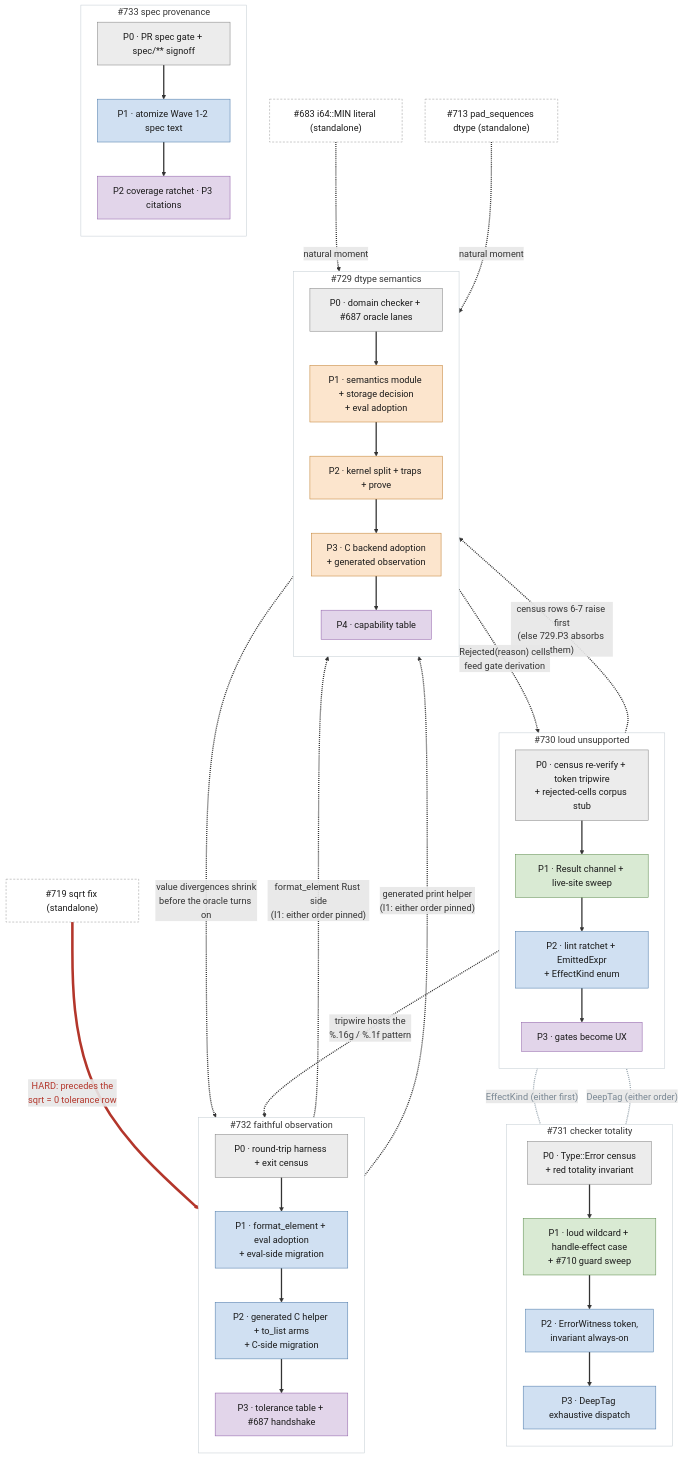
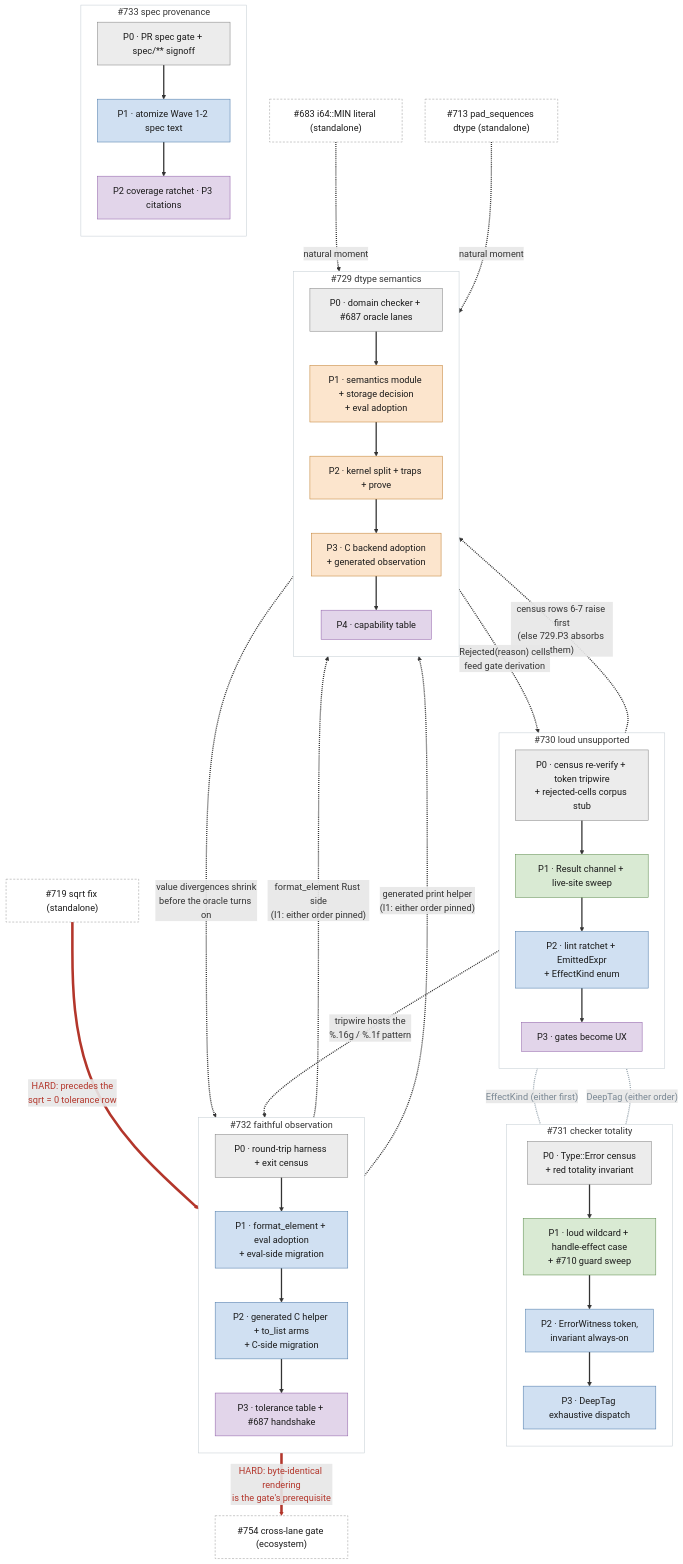
One commit to Chelis-Lang/chelis changed the diagram in spec/design/remediation_roadmap.md. Above: the diagram before and after it, drawn with Mermaid. The commit also changed other lines of this file and 3 other files, not shown here.

````diff
--- a/spec/design/remediation_roadmap.md
+++ b/spec/design/remediation_roadmap.md
@@ -97,80 +102,82 @@
 ```mermaid
 %%{init: {"themeVariables": {"fontSize": "18px"}, "flowchart": {"nodeSpacing": 45, "rankSpacing": 42}}}%%
 flowchart TB
   classDef w0 fill:#ececec,stroke:#808080,color:#1a1a1a
   classDef w1 fill:#d9ead3,stroke:#5a8a4a,color:#1a1a1a
   classDef w2 fill:#d0e0f2,stroke:#4a78a8,color:#1a1a1a
   classDef w3 fill:#fce5cd,stroke:#c07f2f,color:#1a1a1a
   classDef w4 fill:#e2d5ea,stroke:#8e5ea8,color:#1a1a1a
   classDef ext fill:#ffffff,stroke:#999999,stroke-dasharray:4 3,color:#1a1a1a
 
   subgraph S733["#733 spec provenance"]
     direction TB
     n733p0["P0 · PR spec gate + spec/** signoff"]:::w0
     n733p1["P1 · atomize Wave 1-2 spec text"]:::w2
     n733p23["P2 coverage ratchet · P3 citations"]:::w4
     n733p0 --> n733p1 --> n733p23
   end
 
   subgraph S730["#730 loud unsupported"]
     direction TB
     n730p0["P0 · census re-verify + token tripwire<br/>+ rejected-cells corpus stub"]:::w0
     n730p1["P1 · Result channel + live-site sweep"]:::w1
     n730p2["P2 · lint ratchet + EmittedExpr<br/>+ EffectKind enum"]:::w2
     n730p3["P3 · gates become UX"]:::w4
     n730p0 --> n730p1 --> n730p2 --> n730p3
   end
 
   subgraph S731["#731 checker totality"]
     direction TB
     n731p0["P0 · Type::Error census<br/>+ red totality invariant"]:::w0
     n731p1["P1 · loud wildcard + handle-effect case<br/>+ #710 guard sweep"]:::w1
     n731p2["P2 · ErrorWitness token,<br/>invariant always-on"]:::w2
     n731p3["P3 · DeepTag exhaustive dispatch"]:::w2
     n731p0 --> n731p1 --> n731p2 --> n731p3
   end
 
   subgraph S732["#732 faithful observation"]
     direction TB
     n732p0["P0 · round-trip harness + exit census"]:::w0
     n732p1["P1 · format_element + eval adoption<br/>+ eval-side migration"]:::w2
     n732p2["P2 · generated C helper + to_list arms<br/>+ C-side migration"]:::w2
     n732p3["P3 · tolerance table + #687 handshake"]:::w4
     n732p0 --> n732p1 --> n732p2 --> n732p3
   end
 
   subgraph S729["#729 dtype semantics"]
     direction TB
     n729p0["P0 · domain checker + #687 oracle lanes"]:::w0
     n729p1["P1 · semantics module + storage decision<br/>+ eval adoption"]:::w3
     n729p2["P2 · kernel split + traps + prove"]:::w3
     n729p3["P3 · C backend adoption<br/>+ generated observation"]:::w3
     n729p4["P4 · capability table"]:::w4
     n729p0 --> n729p1 --> n729p2 --> n729p3 --> n729p4
   end
 
   n719["#719 sqrt fix (standalone)"]:::ext
   n683["#683 i64::MIN literal (standalone)"]:::ext
   n713["#713 pad_sequences dtype (standalone)"]:::ext
+  n754["#754 cross-lane gate (ecosystem)"]:::ext
 
   n730p0 -.->|"tripwire hosts the<br/>%.16g / %.1f pattern"| n732p0
   n730p2 -.-|"EffectKind (either first)"| n731p1
   n731p3 -.-|"DeepTag (either order)"| n730p2
   n730p1 -.->|"census rows 6-7 raise first<br/>(else 729.P3 absorbs them)"| n729p3
   n732p1 -.->|"format_element Rust side<br/>(I1: either order pinned)"| n729p1
   n732p2 -.->|"generated print helper<br/>(I1: either order pinned)"| n729p3
   n729p3 -.->|"value divergences shrink<br/>before the oracle turns on"| n732p3
   n729p4 -.->|"Rejected(reason) cells<br/>feed gate derivation"| n730p3
   n719 ==>|"HARD: precedes the<br/>sqrt = 0 tolerance row"| n732p3
   n683 -.->|"natural moment"| n729p2
   n713 -.->|"natural moment"| n729p3
+  n732p2 ==>|"HARD: byte-identical rendering<br/>is the gate's prerequisite"| n754
 
   style S733 fill:#FFFFFF,stroke:#C3CCD3
   style S730 fill:#FFFFFF,stroke:#C3CCD3
   style S731 fill:#FFFFFF,stroke:#C3CCD3
   style S732 fill:#FFFFFF,stroke:#C3CCD3
   style S729 fill:#FFFFFF,stroke:#C3CCD3
   linkStyle default stroke-width:2.5px
   linkStyle 16,17 stroke:#9AA7B0,color:#7A8894,stroke-width:2.5px
-  linkStyle 23 stroke:#B3362B,stroke-width:5px,color:#B3362B
+  linkStyle 23,26 stroke:#B3362B,stroke-width:5px,color:#B3362B
 ```
````
